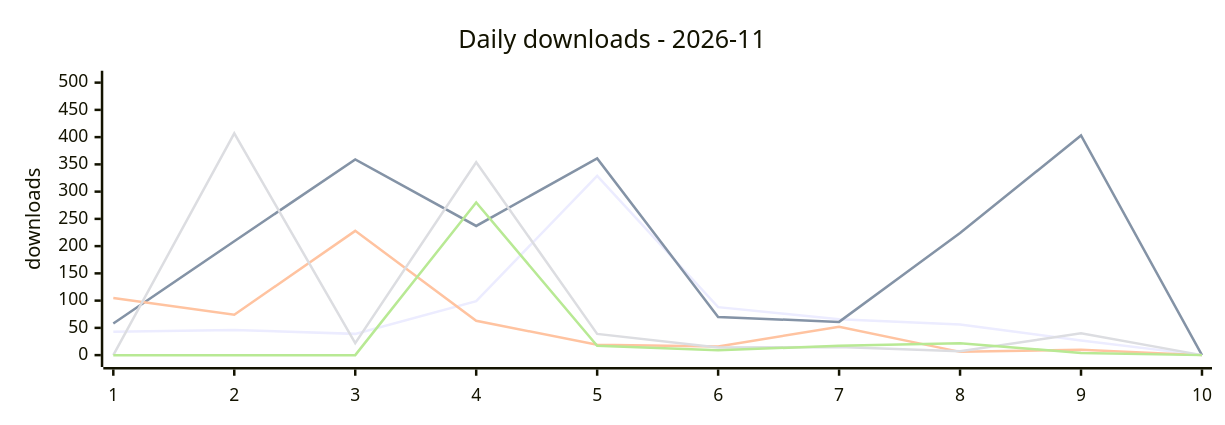
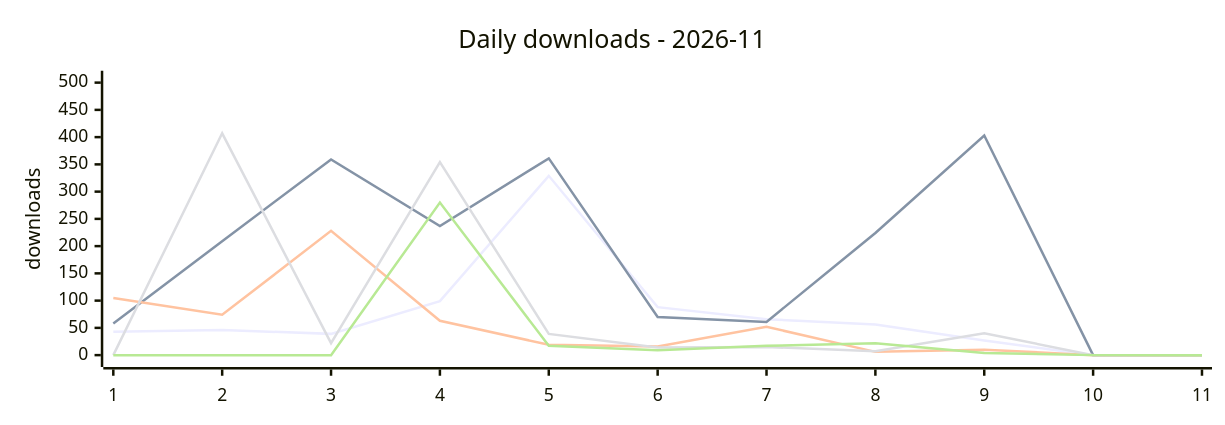
Before and after one commit to terry2010/npm-downloads-tracker: the first of 2 diagrams in DASHBOARD.md, drawn with Mermaid. The commit also changed other lines of this file and 1 other file, not shown here.

````diff
--- a/DASHBOARD.md
+++ b/DASHBOARD.md
@@ -25,12 +25,12 @@
 ```mermaid
 %%{init: {'xyChart': {'width': 960, 'height': 320}}}%%
 xychart-beta
     title "Daily downloads - 2026-11"
-    x-axis ["1", "2", "3", "4", "5", "6", "7", "8", "9", "10"]
+    x-axis ["1", "2", "3", "4", "5", "6", "7", "8", "9", "10", "11"]
     y-axis "downloads" 0 --> 500
-    line "dsh-loop-recover" [43, 46, 39, 99, 329, 88, 66, 56, 27, 0]
-    line "dsh-rss-news-daily" [58, 209, 359, 237, 361, 70, 61, 224, 403, 0]
-    line "opencode-loop-recover" [105, 74, 228, 63, 19, 16, 52, 6, 10, 0]
-    line "oc-market-quail-zephyr-72a0" [0, 407, 22, 354, 39, 14, 15, 7, 40, 0]
-    line "awesome-opencode-market" [0, 0, 0, 280, 17, 9, 17, 22, 4, 0]
+    line "dsh-loop-recover" [43, 46, 39, 99, 329, 88, 66, 56, 27, 0, 0]
+    line "dsh-rss-news-daily" [58, 209, 359, 237, 361, 70, 61, 224, 403, 0, 0]
+    line "opencode-loop-recover" [105, 74, 228, 63, 19, 16, 52, 6, 10, 0, 0]
+    line "oc-market-quail-zephyr-72a0" [0, 407, 22, 354, 39, 14, 15, 7, 40, 0, 0]
+    line "awesome-opencode-market" [0, 0, 0, 280, 17, 9, 17, 22, 4, 0, 0]
 ```
````
